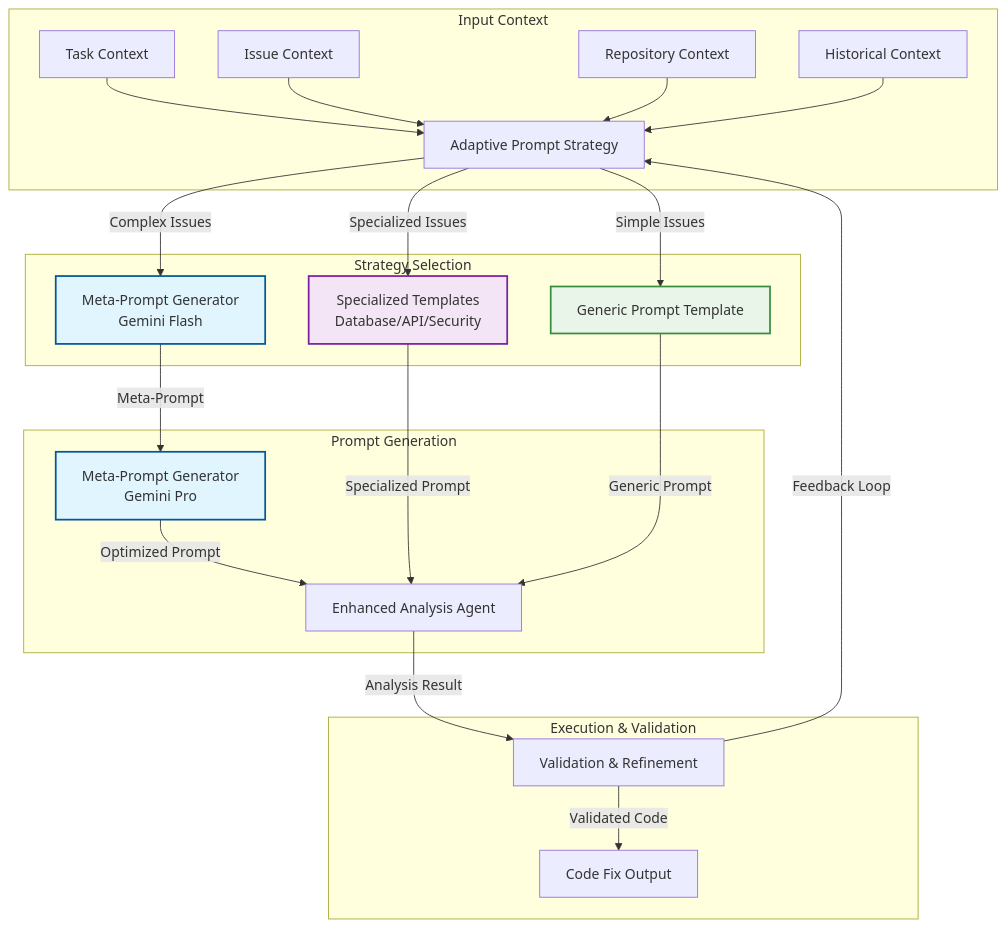
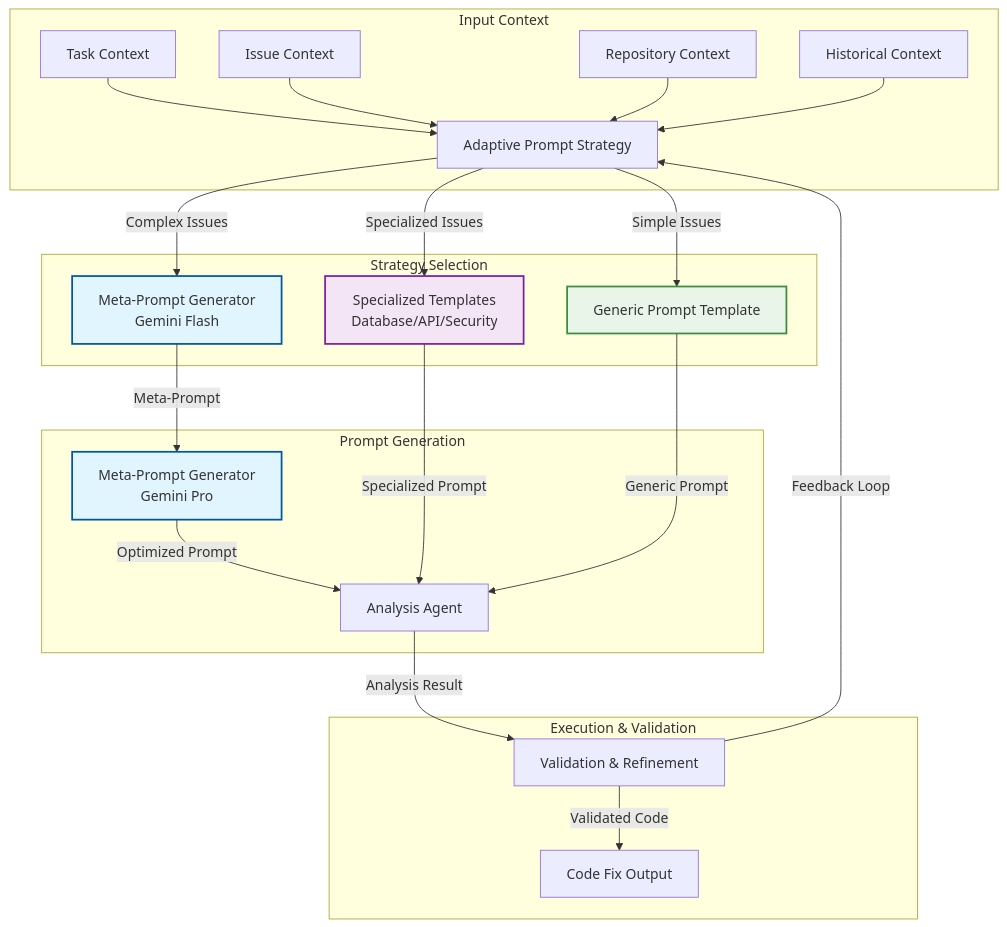
The diagram in docs/ENHANCED_PROMPT_GENERATION.md (avivl/cloud-sre-agent), drawn with Mermaid before and after one commit. The commit also changed other lines of this file and 28 other files, not shown here.

````diff
--- a/docs/ENHANCED_PROMPT_GENERATION.md
+++ b/docs/ENHANCED_PROMPT_GENERATION.md
@@ -9,36 +9,36 @@
 ```mermaid
 graph TB
     subgraph "Input Context"
         TC[Task Context] --> APS[Adaptive Prompt Strategy]
         IC[Issue Context] --> APS
         RC[Repository Context] --> APS
         HC[Historical Context] --> APS
     end
     
     subgraph "Strategy Selection"
         APS --> |Complex Issues| MPG[Meta-Prompt Generator<br/>Gemini Flash]
         APS --> |Specialized Issues| SPT[Specialized Templates<br/>Database/API/Security]
         APS --> |Simple Issues| GPT[Generic Prompt Template]
     end
     
     subgraph "Prompt Generation"
         MPG --> |Meta-Prompt| MPG2[Meta-Prompt Generator<br/>Gemini Pro]
-        MPG2 --> |Optimized Prompt| EAA[Enhanced Analysis Agent]
+        MPG2 --> |Optimized Prompt| EAA[Analysis Agent]
         SPT --> |Specialized Prompt| EAA
         GPT --> |Generic Prompt| EAA
     end
     
     subgraph "Execution & Validation"
         EAA --> |Analysis Result| VAL[Validation & Refinement]
         VAL --> |Validated Code| OUT[Code Fix Output]
         VAL --> |Feedback Loop| APS
     end
     
     classDef metaPrompt fill:#e1f5fe,stroke:#01579b,stroke-width:2px
     classDef specialized fill:#f3e5f5,stroke:#7b1fa2,stroke-width:2px
     classDef generic fill:#e8f5e8,stroke:#388e3c,stroke-width:2px
     
     class MPG,MPG2 metaPrompt
     class SPT specialized
     class GPT generic
 ```
````
